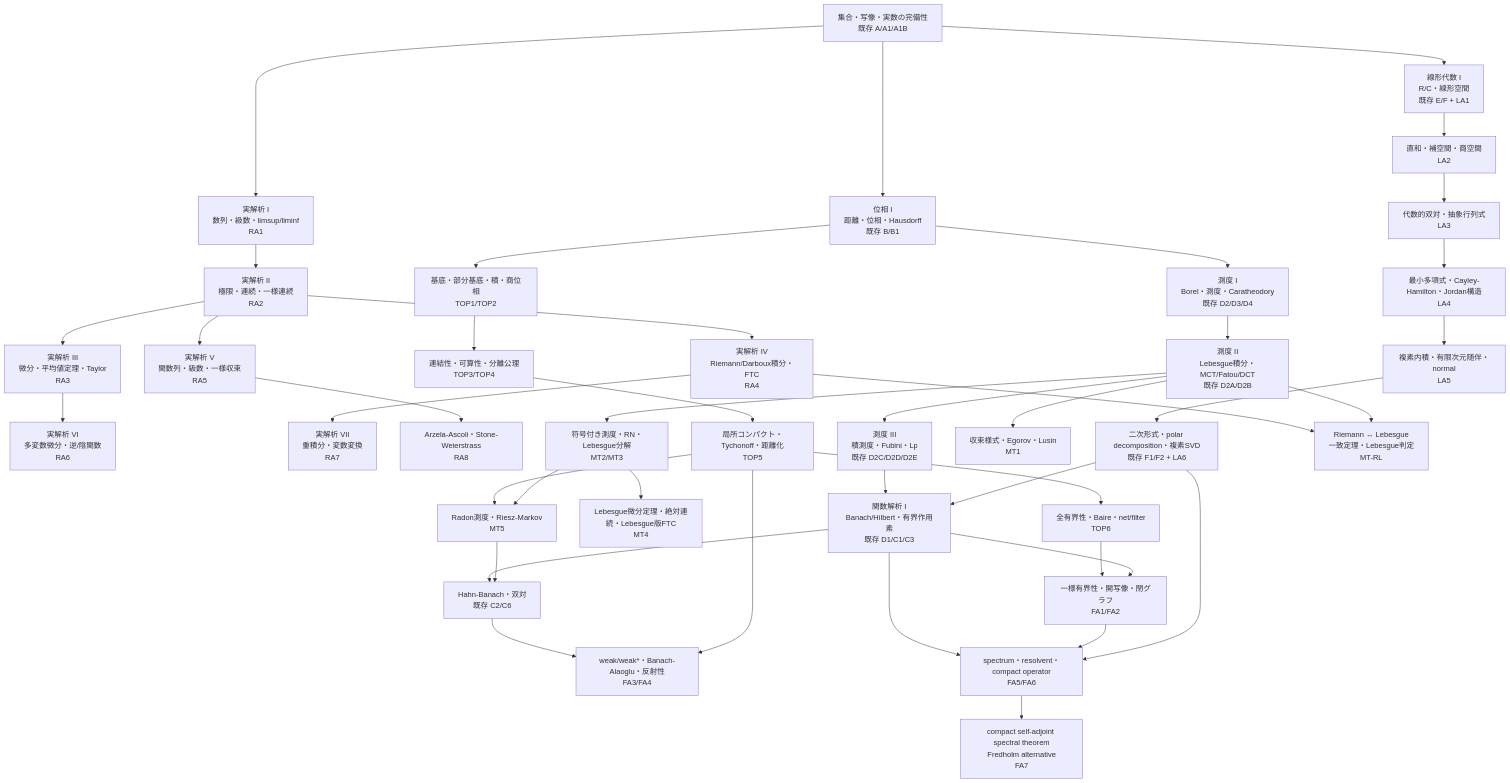
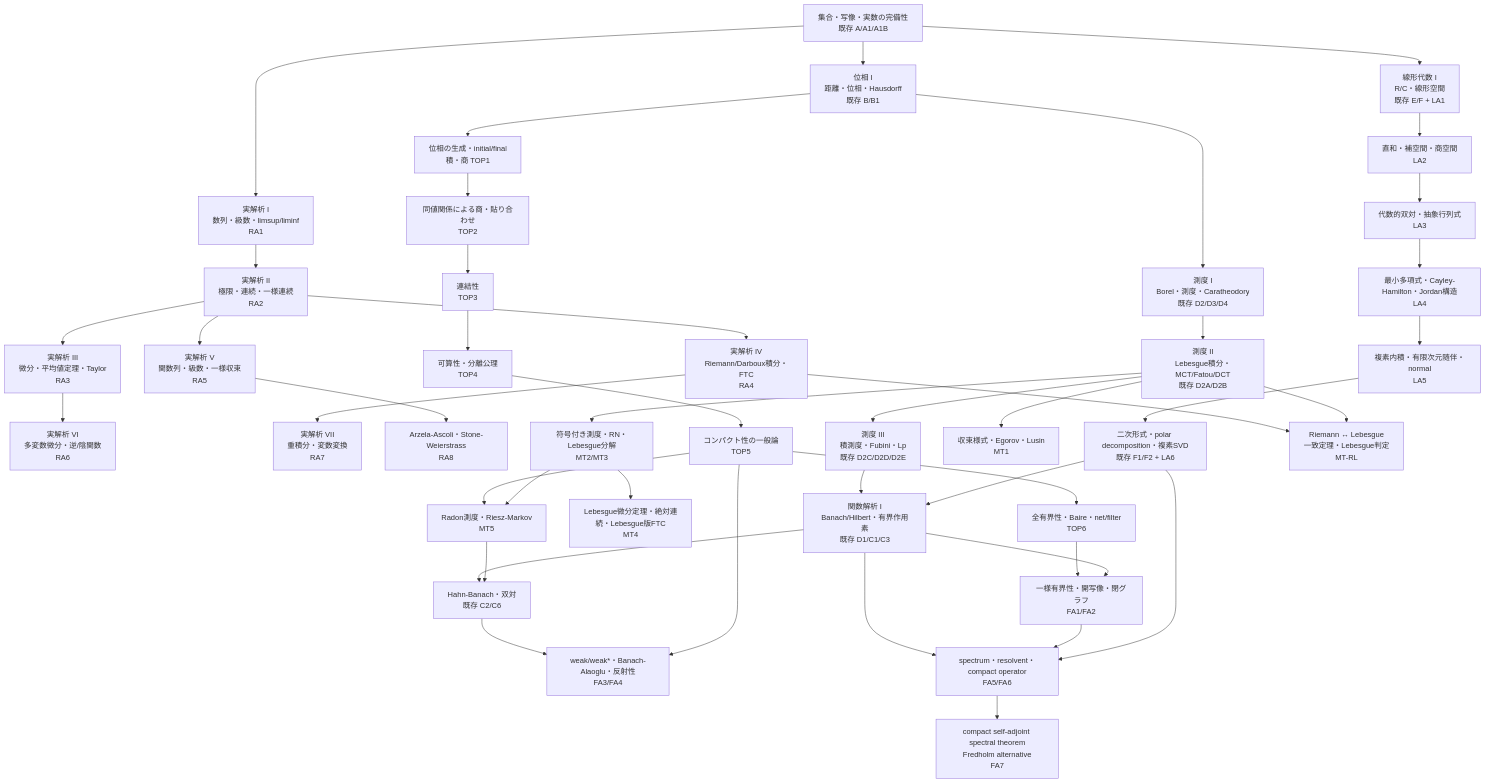
Before and after one commit to InSuns21/toukei-kentei_grade1_preparation: the diagram in textbook/dream-theater-standard-math-core.md, drawn with Mermaid. The commit also changed other lines of this file, not shown here.

Commit message:
Sync topology curriculum with implemented TOP1 and TOP2

````diff
--- a/textbook/dream-theater-standard-math-core.md
+++ b/textbook/dream-theater-standard-math-core.md
@@ -26,53 +26,55 @@
 ```mermaid
 flowchart TD
   A["集合・写像・実数の完備性<br/>既存 A/A1/A1B"]
 
   A --> RA1["実解析 I<br/>数列・級数・limsup/liminf<br/>RA1"]
   A --> LA1["線形代数 I<br/>R/C・線形空間<br/>既存 E/F + LA1"]
   A --> TOP0["位相 I<br/>距離・位相・Hausdorff<br/>既存 B/B1"]
 
   RA1 --> RA2["実解析 II<br/>極限・連続・一様連続<br/>RA2"]
   RA2 --> RA3["実解析 III<br/>微分・平均値定理・Taylor<br/>RA3"]
   RA2 --> RA4["実解析 IV<br/>Riemann/Darboux積分・FTC<br/>RA4"]
   RA2 --> RA5["実解析 V<br/>関数列・級数・一様収束<br/>RA5"]
   RA3 --> RA6["実解析 VI<br/>多変数微分・逆/陰関数<br/>RA6"]
   RA4 --> RA7["実解析 VII<br/>重積分・変数変換<br/>RA7"]
   RA5 --> RA8["Arzela-Ascoli・Stone-Weierstrass<br/>RA8"]
 
-  TOP0 --> TOP1["基底・部分基底・積・商位相<br/>TOP1/TOP2"]
-  TOP1 --> TOP3["連結性・可算性・分離公理<br/>TOP3/TOP4"]
-  TOP3 --> TOP5["局所コンパクト・Tychonoff・距離化<br/>TOP5"]
+  TOP0 --> TOP1["位相の生成・initial/final<br/>積・商 TOP1"]
+  TOP1 --> TOP2["同値関係による商・貼り合わせ<br/>TOP2"]
+  TOP2 --> TOP3["連結性<br/>TOP3"]
+  TOP3 --> TOP4["可算性・分離公理<br/>TOP4"]
+  TOP4 --> TOP5["コンパクト性の一般論<br/>TOP5"]
   TOP5 --> BAIRE["全有界性・Baire・net/filter<br/>TOP6"]
 
   LA1 --> LA2["直和・補空間・商空間<br/>LA2"]
   LA2 --> LA3["代数的双対・抽象行列式<br/>LA3"]
   LA3 --> LA4["最小多項式・Cayley-Hamilton・Jordan構造<br/>LA4"]
   LA4 --> LA5["複素内積・有限次元随伴・normal<br/>LA5"]
   LA5 --> LA6["二次形式・polar decomposition・複素SVD<br/>既存 F1/F2 + LA6"]
 
   TOP0 --> MT0["測度 I<br/>Borel・測度・Caratheodory<br/>既存 D2/D3/D4"]
   MT0 --> MTI["測度 II<br/>Lebesgue積分・MCT/Fatou/DCT<br/>既存 D2A/D2B"]
   MTI --> MTP["測度 III<br/>積測度・Fubini・Lp<br/>既存 D2C/D2D/D2E"]
   MTI --> MT1["収束様式・Egorov・Lusin<br/>MT1"]
   MTI --> MT2["符号付き測度・RN・Lebesgue分解<br/>MT2/MT3"]
 
   RA4 --> RLB["Riemann ↔ Lebesgue<br/>一致定理・Lebesgue判定<br/>MT-RL"]
   MTI --> RLB
 
   MT2 --> MT4["Lebesgue微分定理・絶対連続・Lebesgue版FTC<br/>MT4"]
   TOP5 --> MT5["Radon測度・Riesz-Markov<br/>MT5"]
   MT2 --> MT5
 
   MTP --> FA0["関数解析 I<br/>Banach/Hilbert・有界作用素<br/>既存 D1/C1/C3"]
   LA6 --> FA0
   FA0 --> HB["Hahn-Banach・双対<br/>既存 C2/C6"]
   BAIRE --> FA2["一様有界性・開写像・閉グラフ<br/>FA1/FA2"]
   FA0 --> FA2
   HB --> FA4["weak/weak*・Banach-Alaoglu・反射性<br/>FA3/FA4"]
   TOP5 --> FA4
   FA0 --> FA6["spectrum・resolvent・compact operator<br/>FA5/FA6"]
   FA2 --> FA6
   LA6 --> FA6
   FA6 --> FA7["compact self-adjoint spectral theorem<br/>Fredholm alternative<br/>FA7"]
   MT5 --> HB
 ```
````
